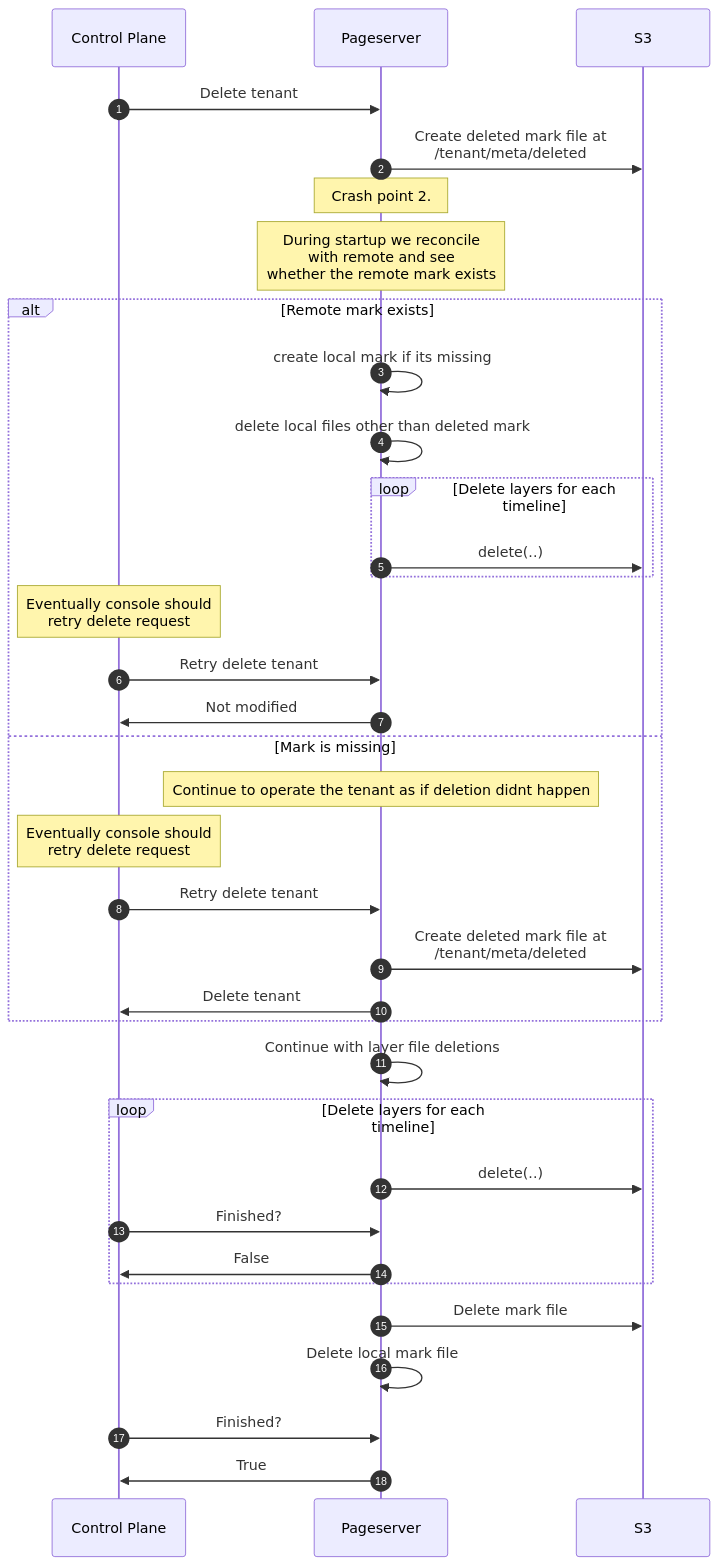
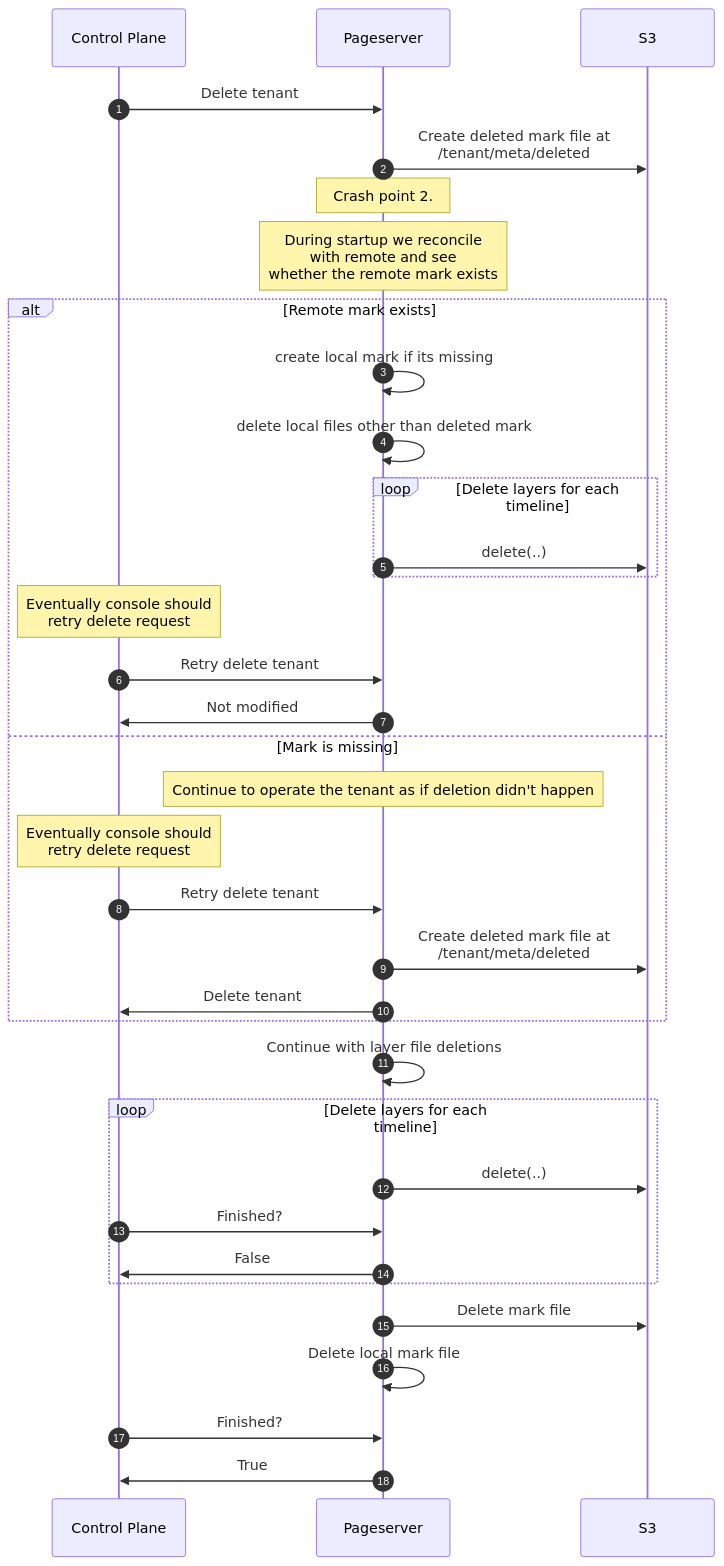
One commit to neondatabase/neon changed the third of 3 diagrams in docs/rfcs/022-pageserver-delete-from-s3.md. Above: the diagram before and after it, drawn with Mermaid. The commit also changed other lines of this file and 11 other files, not shown here.

````diff
--- a/docs/rfcs/022-pageserver-delete-from-s3.md
+++ b/docs/rfcs/022-pageserver-delete-from-s3.md
@@ -124,46 +124,46 @@
 ```mermaid
 sequenceDiagram
     autonumber
     participant CP as Control Plane
     participant PS as Pageserver
     participant S3
 
     CP->>PS: Delete tenant
     PS->>S3: Create deleted mark file at <br> /tenant/meta/deleted
 
     note over PS: Crash point 2.
     note over PS: During startup we reconcile <br> with remote and see <br> whether the remote mark exists
     alt Remote mark exists
         PS->>PS: create local mark if its missing
         PS->>PS: delete local files other than deleted mark
         loop Delete layers for each timeline
             PS->>S3: delete(..)
         end
 
         note over CP: Eventually console should <br> retry delete request
 
         CP->>PS: Retry delete tenant
         PS->>CP: Not modified
     else Mark is missing
-        note over PS: Continue to operate the tenant as if deletion didnt happen
+        note over PS: Continue to operate the tenant as if deletion didn't happen
 
         note over CP: Eventually console should <br> retry delete request
 
         CP->>PS: Retry delete tenant
         PS->>S3: Create deleted mark file at <br> /tenant/meta/deleted
         PS->>CP: Delete tenant
     end
 
     PS->>PS: Continue with layer file deletions
     loop Delete layers for each timeline
         PS->>S3: delete(..)
         CP->>PS: Finished?
         PS->>CP: False
     end
 
     PS->>S3: Delete mark file
     PS->>PS: Delete local mark file
 
     CP->>PS: Finished?
     PS->>CP: True
 ```
````
